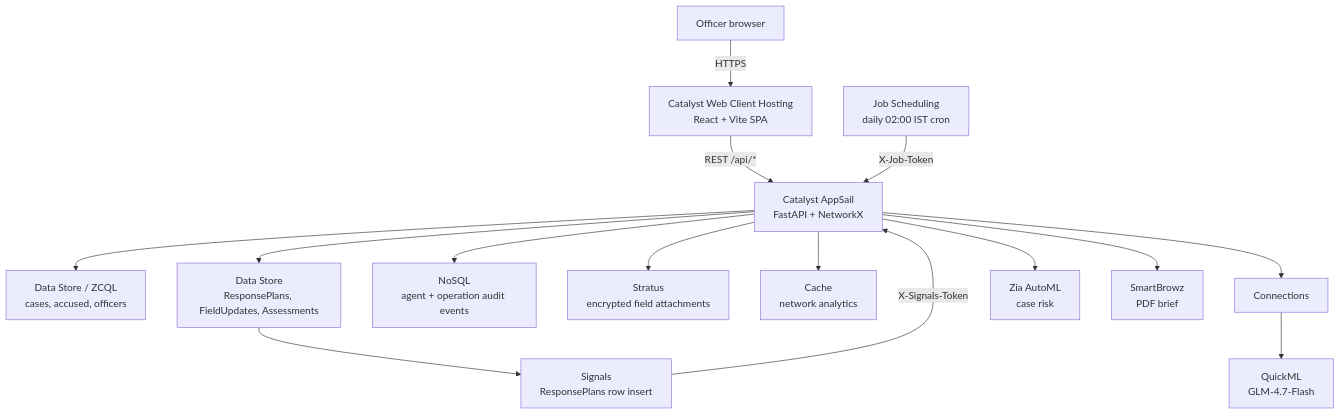
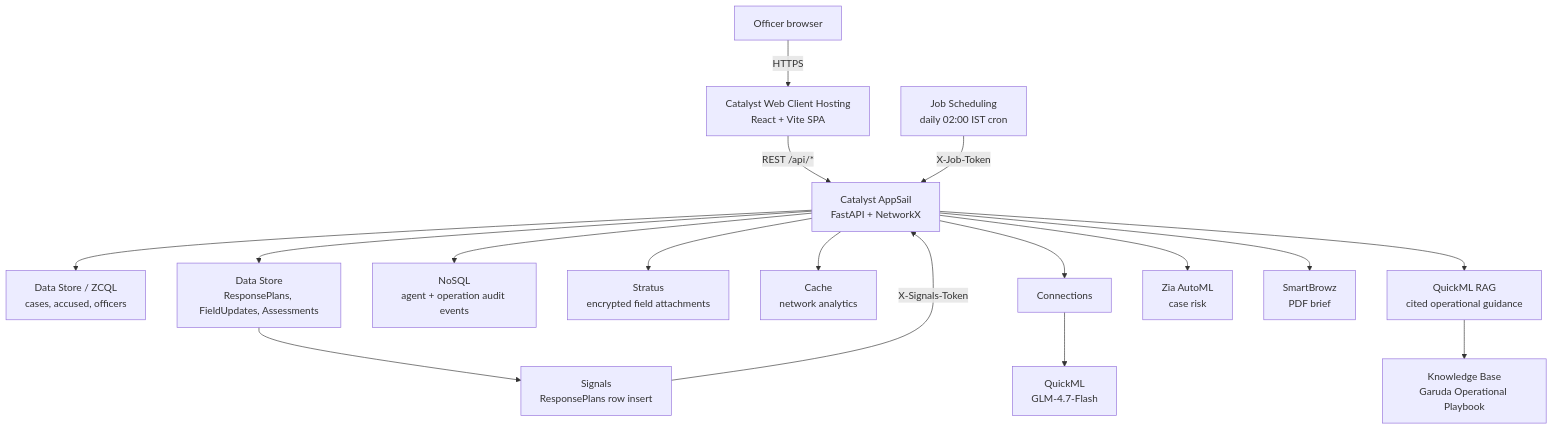
The diagram in README.md (akanthed/Project-Garuda), drawn with Mermaid before and after one commit. The commit also changed other lines of this file and 22 other files, not shown here.

````diff
--- a/README.md
+++ b/README.md
@@ -74,15 +74,16 @@
 ```mermaid
 flowchart TD
     U["Officer browser"] -->|HTTPS| WC["Catalyst Web Client Hosting<br/>React + Vite SPA"]
     WC -->|REST /api/*| AS["Catalyst AppSail<br/>FastAPI + NetworkX"]
     AS --> DS["Data Store / ZCQL<br/>cases, accused, officers"]
     AS --> OP["Data Store<br/>ResponsePlans, FieldUpdates, Assessments"]
     AS --> NS["NoSQL<br/>agent + operation audit events"]
     AS --> ST["Stratus<br/>encrypted field attachments"]
     AS --> CA["Cache<br/>network analytics"]
     AS --> CN["Connections"] --> QM["QuickML<br/>GLM-4.7-Flash"]
+    AS --> RAG["QuickML RAG<br/>cited operational guidance"] --> KB["Knowledge Base<br/>Garuda Operational Playbook"]
     AS --> ZA["Zia AutoML<br/>case risk"]
     AS --> SB["SmartBrowz<br/>PDF brief"]
     JS["Job Scheduling<br/>daily 02:00 IST cron"] -->|X-Job-Token| AS
     OP --> SG["Signals<br/>ResponsePlans row insert"] -->|X-Signals-Token| AS
 ```
````
